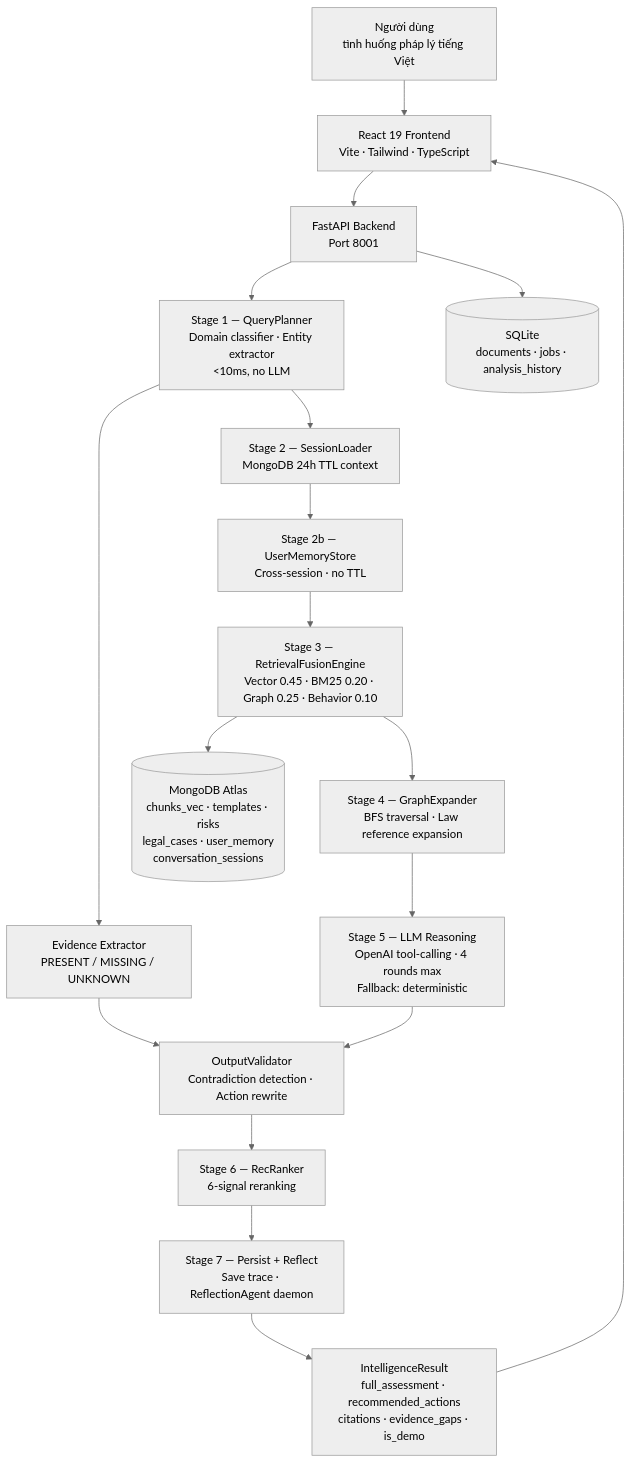
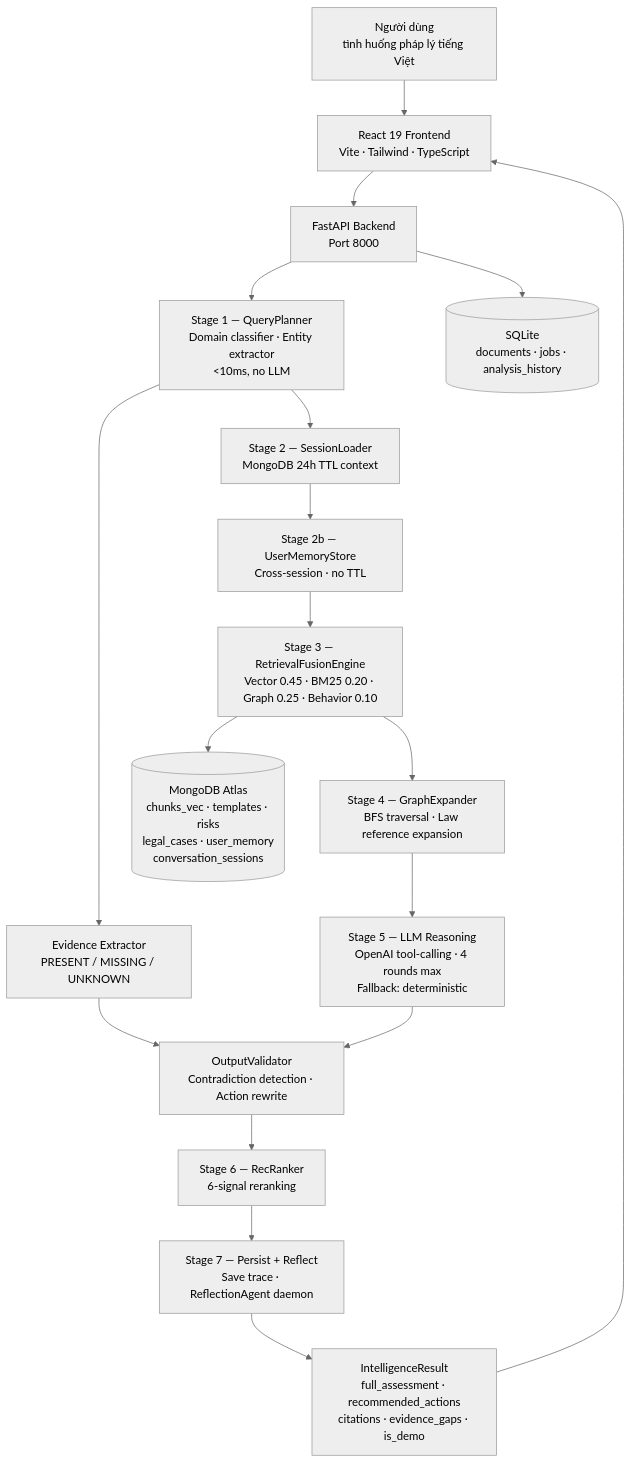
One commit to thagn123/legal_assistant_universal changed the diagram in README.md. Above: the diagram before and after it, drawn with Mermaid (neutral theme). The commit also changed other lines of this file and 37 other files, not shown here.

First line of the commit message:
fix: unify frontend copies, correct API port to 8000, fix deps and test gap

````diff
--- a/README.md
+++ b/README.md
@@ -87,31 +87,31 @@
 ```mermaid
 flowchart TD
   User[Người dùng\ntình huống pháp lý tiếng Việt]
   FE[React 19 Frontend\nVite · Tailwind · TypeScript]
-  API[FastAPI Backend\nPort 8001]
+  API[FastAPI Backend\nPort 8000]
 
   Planner["Stage 1 — QueryPlanner\nDomain classifier · Entity extractor\n<10ms, no LLM"]
   Evidence["Evidence Extractor\nPRESENT / MISSING / UNKNOWN"]
   Session["Stage 2 — SessionLoader\nMongoDB 24h TTL context"]
   Memory["Stage 2b — UserMemoryStore\nCross-session · no TTL"]
   Fusion["Stage 3 — RetrievalFusionEngine\nVector 0.45 · BM25 0.20 · Graph 0.25 · Behavior 0.10"]
   Graph["Stage 4 — GraphExpander\nBFS traversal · Law reference expansion"]
   LLM["Stage 5 — LLM Reasoning\nOpenAI tool-calling · 4 rounds max\nFallback: deterministic"]
   Validator["OutputValidator\nContradiction detection · Action rewrite"]
   Ranker["Stage 6 — RecRanker\n6-signal reranking"]
   Persist["Stage 7 — Persist + Reflect\nSave trace · ReflectionAgent daemon"]
 
   Mongo[("MongoDB Atlas\nchunks_vec · templates · risks\nlegal_cases · user_memory\nconversation_sessions")]
   SQLite[("SQLite\ndocuments · jobs · analysis_history")]
   Response["IntelligenceResult\nfull_assessment · recommended_actions\ncitations · evidence_gaps · is_demo"]
 
   User --> FE --> API
   API --> Planner --> Evidence
   Planner --> Session --> Memory --> Fusion
   Fusion --> Mongo
   Fusion --> Graph --> LLM
   Evidence --> Validator
   LLM --> Validator --> Ranker --> Persist
   API --> SQLite
   Persist --> Response --> FE
 ```
````
